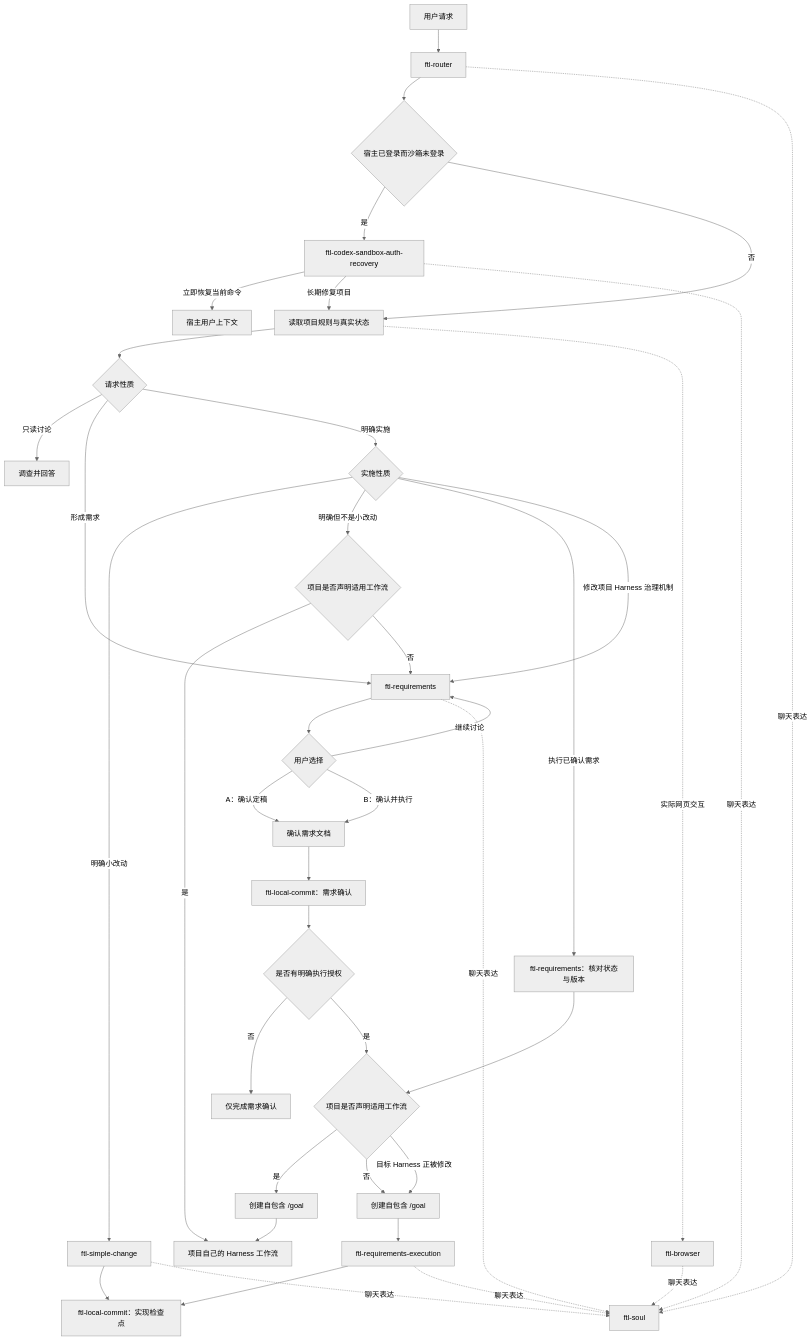
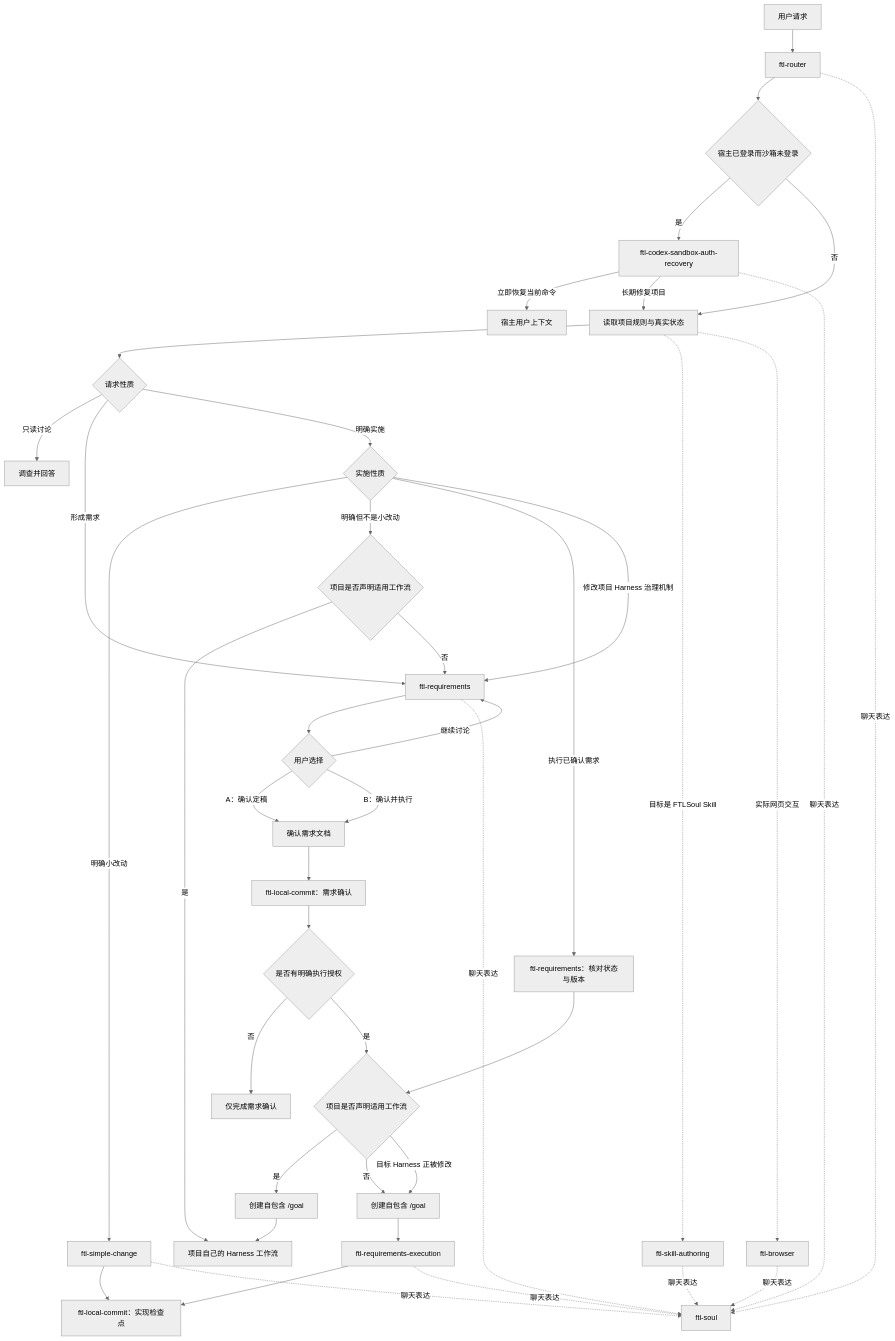
Before and after one commit to ContinuumFTL/FTLSoulSkill: the diagram in README.md, drawn with Mermaid (neutral theme). The commit also changed other lines of this file and 3 other files, not shown here.

Commit message:
feat: add FTLSoul skill authoring standard

````diff
--- a/README.md
+++ b/README.md
@@ -25,49 +26,51 @@
 ```mermaid
 flowchart TD
     U[用户请求] --> R[ftl-router]
     R --> CA{宿主已登录而沙箱未登录}
     CA -->|是| AR[ftl-codex-sandbox-auth-recovery]
     CA -->|否| P[读取项目规则与真实状态]
     AR -->|立即恢复当前命令| HR[宿主用户上下文]
     AR -->|长期修复项目| P
     P --> K{请求性质}
+    P -.目标是 FTLSoul Skill.-> SA[ftl-skill-authoring]
 
     K -->|只读讨论| A[调查并回答]
     K -->|形成需求| Q[ftl-requirements]
     K -->|明确实施| I{实施性质}
 
     I -->|明确小改动| S[ftl-simple-change]
     I -->|明确但不是小改动| NW{项目是否声明适用工作流}
     I -->|执行已确认需求| V[ftl-requirements：核对状态与版本]
     I -->|修改项目 Harness 治理机制| Q
 
     NW -->|是| H
     NW -->|否| Q
     V --> W{项目是否声明适用工作流}
 
     Q --> C{用户选择}
     C -->|继续讨论| Q
     C -->|A：确认定稿| D[确认需求文档]
     C -->|B：确认并执行| D
     D --> LC[ftl-local-commit：需求确认]
     LC --> X{是否有明确执行授权}
     X -->|否| Z[仅完成需求确认]
     X -->|是| W
 
     W -->|是| GH[创建自包含 /goal]
     W -->|否| GE[创建自包含 /goal]
     W -->|目标 Harness 正被修改| GE
     GH --> H[项目自己的 Harness 工作流]
     GE --> E[ftl-requirements-execution]
 
     S --> L[ftl-local-commit：实现检查点]
     E --> L
 
     P -.实际网页交互.-> B[ftl-browser]
     R -.聊天表达.-> N[ftl-soul]
     AR -.聊天表达.-> N
     B -.聊天表达.-> N
+    SA -.聊天表达.-> N
     S -.聊天表达.-> N
     Q -.聊天表达.-> N
     E -.聊天表达.-> N
 ```
````
